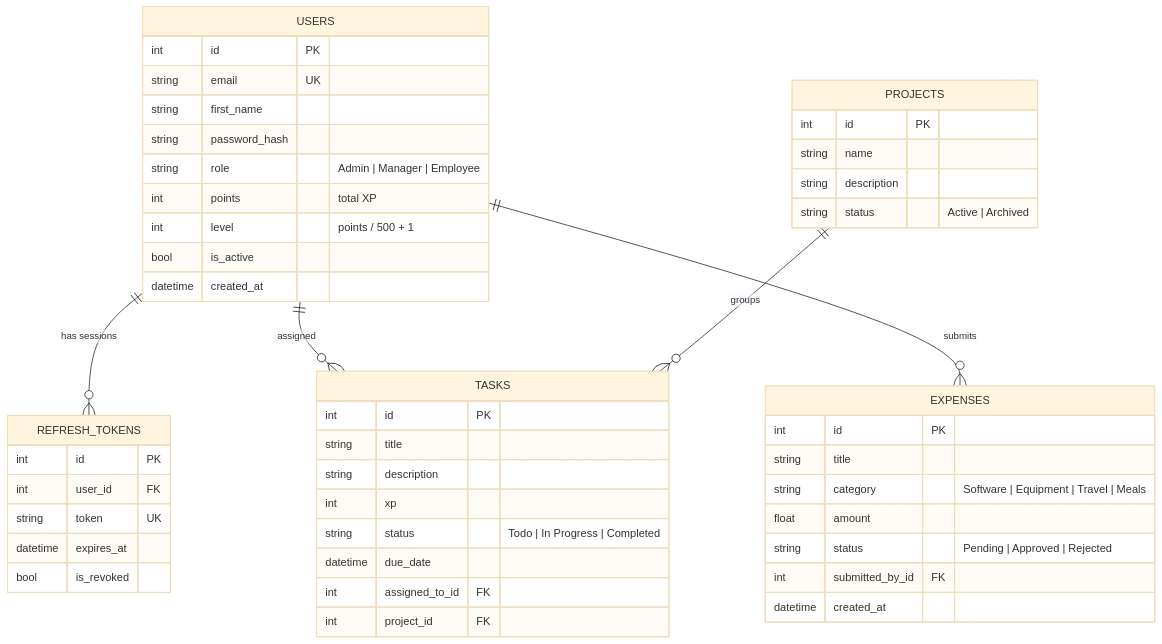
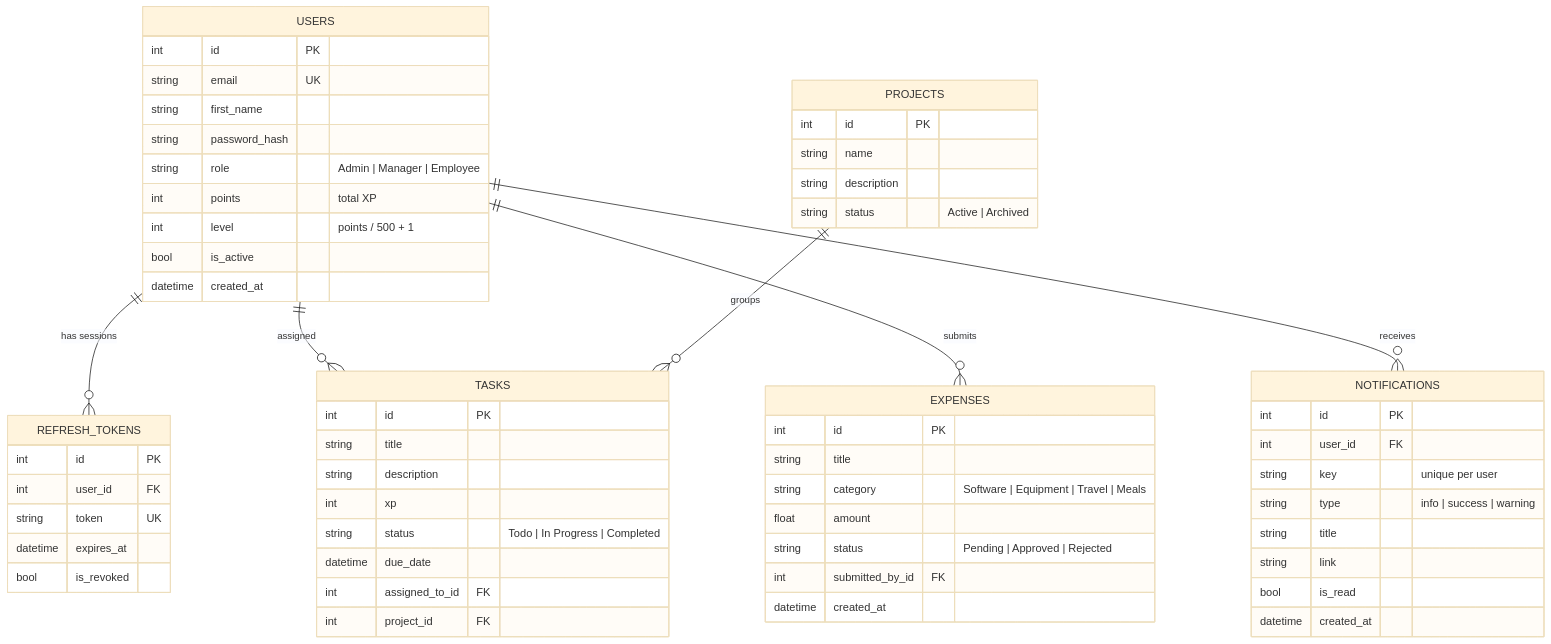
Before and after one commit to ShaffHadK/QuestFlow: the second of 4 diagrams in docs/architecture.md, drawn with Mermaid (base theme). The commit also changed other lines of this file and 16 other files, not shown here.

````diff
--- a/docs/architecture.md
+++ b/docs/architecture.md
@@ -88,51 +88,62 @@
 ```mermaid
 erDiagram
     USERS ||--o{ REFRESH_TOKENS : "has sessions"
     USERS ||--o{ TASKS : "assigned"
     USERS ||--o{ EXPENSES : "submits"
+    USERS ||--o{ NOTIFICATIONS : "receives"
     PROJECTS ||--o{ TASKS : "groups"
 
     USERS {
         int id PK
         string email UK
         string first_name
         string password_hash
         string role "Admin | Manager | Employee"
         int points "total XP"
         int level "points / 500 + 1"
         bool is_active
         datetime created_at
     }
     REFRESH_TOKENS {
         int id PK
         int user_id FK
         string token UK
         datetime expires_at
         bool is_revoked
     }
     PROJECTS {
         int id PK
         string name
         string description
         string status "Active | Archived"
     }
     TASKS {
         int id PK
         string title
         string description
         int xp
         string status "Todo | In Progress | Completed"
         datetime due_date
         int assigned_to_id FK
         int project_id FK
     }
+    NOTIFICATIONS {
+        int id PK
+        int user_id FK
+        string key "unique per user"
+        string type "info | success | warning"
+        string title
+        string link
+        bool is_read
+        datetime created_at
+    }
     EXPENSES {
         int id PK
         string title
         string category "Software | Equipment | Travel | Meals"
         float amount
         string status "Pending | Approved | Rejected"
         int submitted_by_id FK
         datetime created_at
     }
 ```
````
